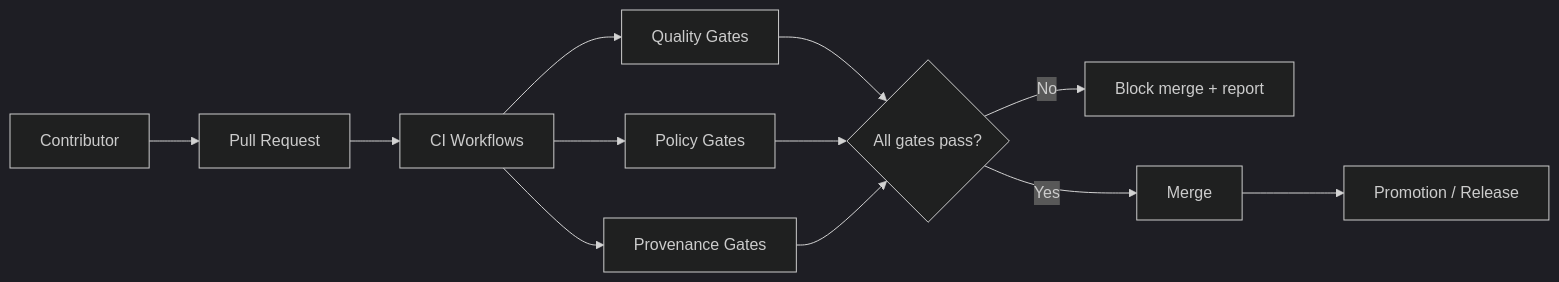
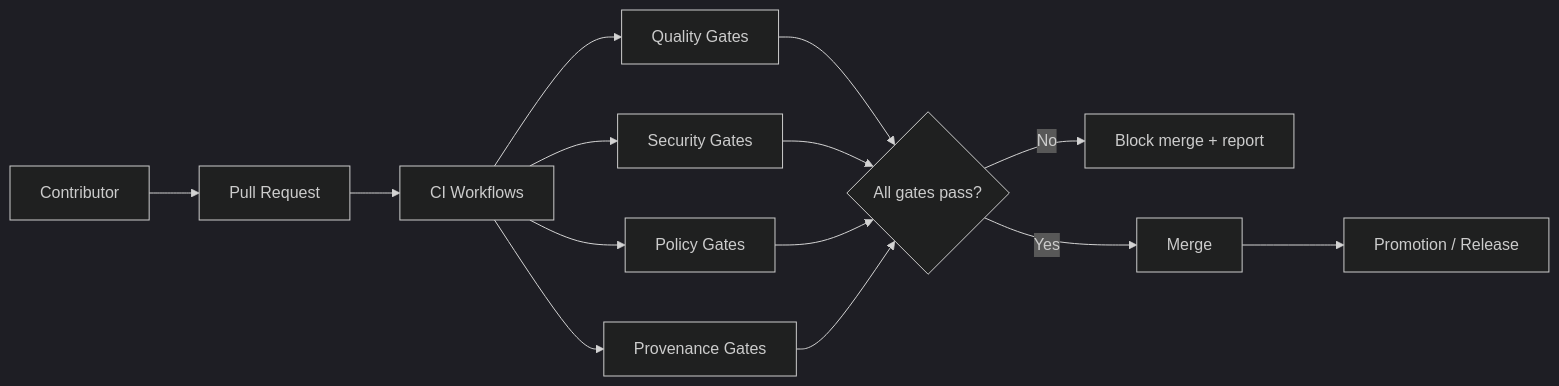
The first of 3 diagrams in .github/README.md (bartytime4life/Kansas-Frontier-Matrix), drawn with Mermaid (dark theme) before and after one commit. The commit also changed other lines of this file, not shown here.

````diff
--- a/.github/README.md
+++ b/.github/README.md
@@ -101,14 +123,16 @@
 ```mermaid
 flowchart LR
   dev[Contributor] --> pr[Pull Request]
   pr --> ci[CI Workflows]
   ci --> quality[Quality Gates]
+  ci --> security[Security Gates]
   ci --> policy[Policy Gates]
   ci --> prov[Provenance Gates]
   quality --> decision{All gates pass?}
+  security --> decision
   policy --> decision
   prov --> decision
   decision -->|No| block[Block merge + report]
   decision -->|Yes| merge[Merge]
   merge --> promote[Promotion / Release]
 ```
````
